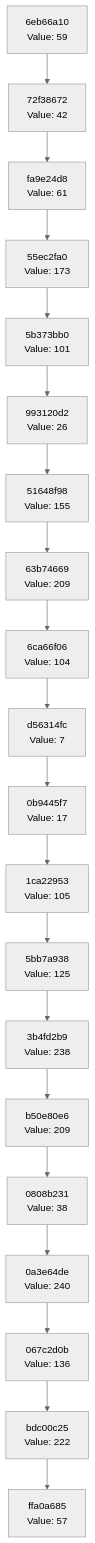
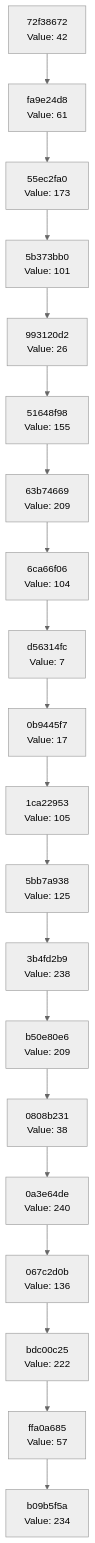
Before and after one commit to Abhisheksinha1506/hash-chain-evolver: the diagram in docs/CHAIN_VISUALIZATION.md, drawn with Mermaid (neutral theme). The commit also changed 3 other files, not shown here.

````diff
--- a/docs/CHAIN_VISUALIZATION.md
+++ b/docs/CHAIN_VISUALIZATION.md
@@ -3,42 +3,42 @@
 ```mermaid
 graph TD
-    C0["ffa0a685<br/>Value: 57"]
-    C1["bdc00c25<br/>Value: 222"]
+    C0["b09b5f5a<br/>Value: 234"]
+    C1["ffa0a685<br/>Value: 57"]
     C1 --> C0
-    C2["067c2d0b<br/>Value: 136"]
+    C2["bdc00c25<br/>Value: 222"]
     C2 --> C1
-    C3["0a3e64de<br/>Value: 240"]
+    C3["067c2d0b<br/>Value: 136"]
     C3 --> C2
-    C4["0808b231<br/>Value: 38"]
+    C4["0a3e64de<br/>Value: 240"]
     C4 --> C3
-    C5["b50e80e6<br/>Value: 209"]
+    C5["0808b231<br/>Value: 38"]
     C5 --> C4
-    C6["3b4fd2b9<br/>Value: 238"]
+    C6["b50e80e6<br/>Value: 209"]
     C6 --> C5
-    C7["5bb7a938<br/>Value: 125"]
+    C7["3b4fd2b9<br/>Value: 238"]
     C7 --> C6
-    C8["1ca22953<br/>Value: 105"]
+    C8["5bb7a938<br/>Value: 125"]
     C8 --> C7
-    C9["0b9445f7<br/>Value: 17"]
+    C9["1ca22953<br/>Value: 105"]
     C9 --> C8
-    C10["d56314fc<br/>Value: 7"]
+    C10["0b9445f7<br/>Value: 17"]
     C10 --> C9
-    C11["6ca66f06<br/>Value: 104"]
+    C11["d56314fc<br/>Value: 7"]
     C11 --> C10
-    C12["63b74669<br/>Value: 209"]
+    C12["6ca66f06<br/>Value: 104"]
     C12 --> C11
-    C13["51648f98<br/>Value: 155"]
+    C13["63b74669<br/>Value: 209"]
     C13 --> C12
-    C14["993120d2<br/>Value: 26"]
+    C14["51648f98<br/>Value: 155"]
     C14 --> C13
-    C15["5b373bb0<br/>Value: 101"]
+    C15["993120d2<br/>Value: 26"]
     C15 --> C14
-    C16["55ec2fa0<br/>Value: 173"]
+    C16["5b373bb0<br/>Value: 101"]
     C16 --> C15
-    C17["fa9e24d8<br/>Value: 61"]
+    C17["55ec2fa0<br/>Value: 173"]
     C17 --> C16
-    C18["72f38672<br/>Value: 42"]
+    C18["fa9e24d8<br/>Value: 61"]
     C18 --> C17
-    C19["6eb66a10<br/>Value: 59"]
+    C19["72f38672<br/>Value: 42"]
     C19 --> C18
 ```
````
